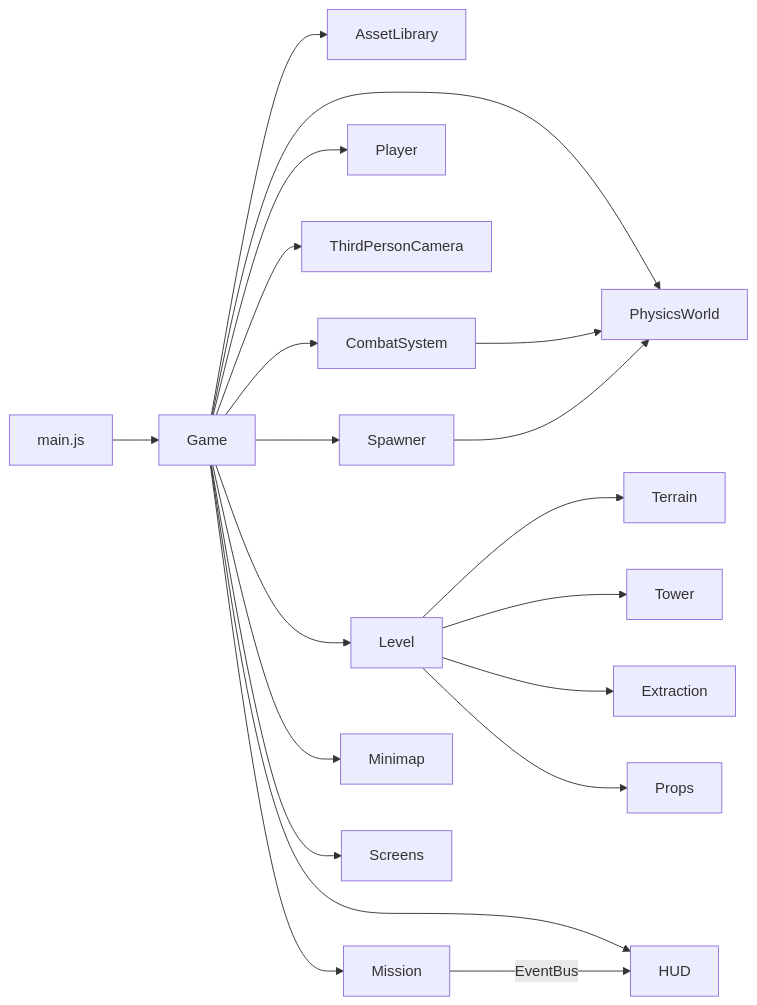
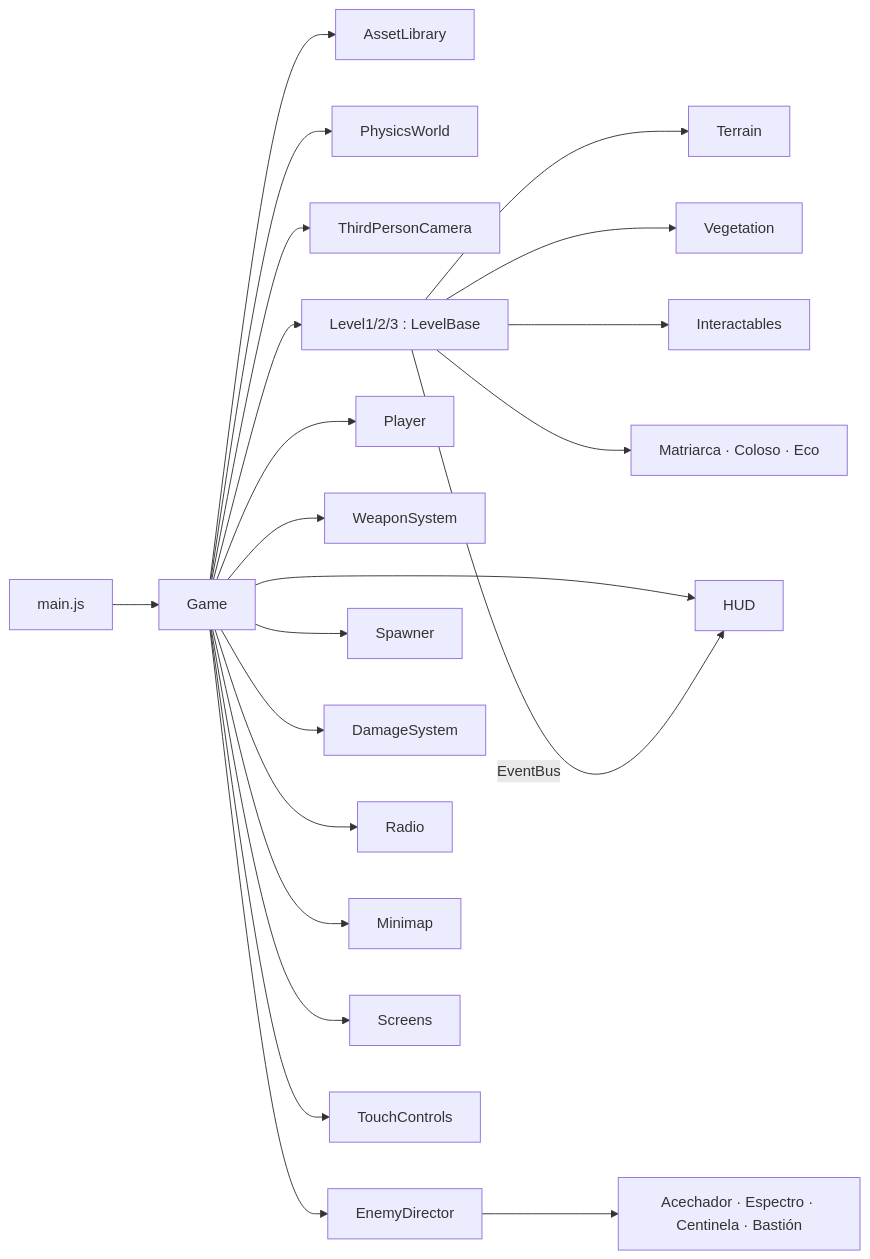
Before and after one commit to FerTello29/hale2.0: the first of 2 diagrams in README.md, drawn with Mermaid. The commit also changed other lines of this file and 23 other files, not shown here.

````diff
--- a/README.md
+++ b/README.md
@@ -242,17 +241,13 @@
 ```mermaid
 flowchart LR
   main[main.js] --> Game
-  Game --> AssetLibrary
-  Game --> PhysicsWorld
-  Game --> Level
-  Level --> Terrain & Tower & Extraction & Props
-  Game --> Player
-  Game --> ThirdPersonCamera
-  Game --> CombatSystem
-  Game --> Spawner
-  Game --> Mission
-  Game --> HUD & Minimap & Screens
-  Mission -- EventBus --> HUD
-  CombatSystem --> PhysicsWorld
-  Spawner --> PhysicsWorld
+  Game --> AssetLibrary & PhysicsWorld & ThirdPersonCamera
+  Game --> Level[Level1/2/3 : LevelBase]
+  Level --> Terrain & Vegetation & Interactables
+  Game --> Player & WeaponSystem
+  Game --> EnemyDirector --> Enemigos[Acechador · Espectro · Centinela · Bastión]
+  Level --> Jefes[Matriarca · Coloso · Eco]
+  Game --> Spawner & DamageSystem & Radio
+  Game --> HUD & Minimap & Screens & TouchControls
+  Level -- EventBus --> HUD
 ```
````
